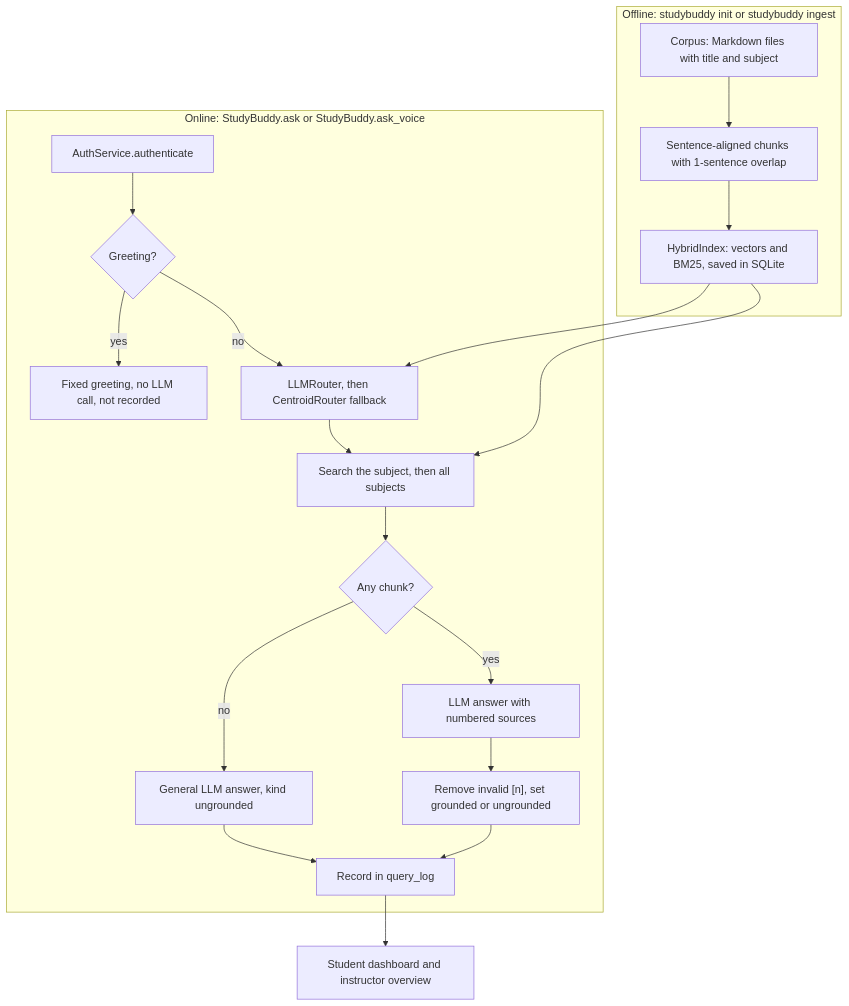
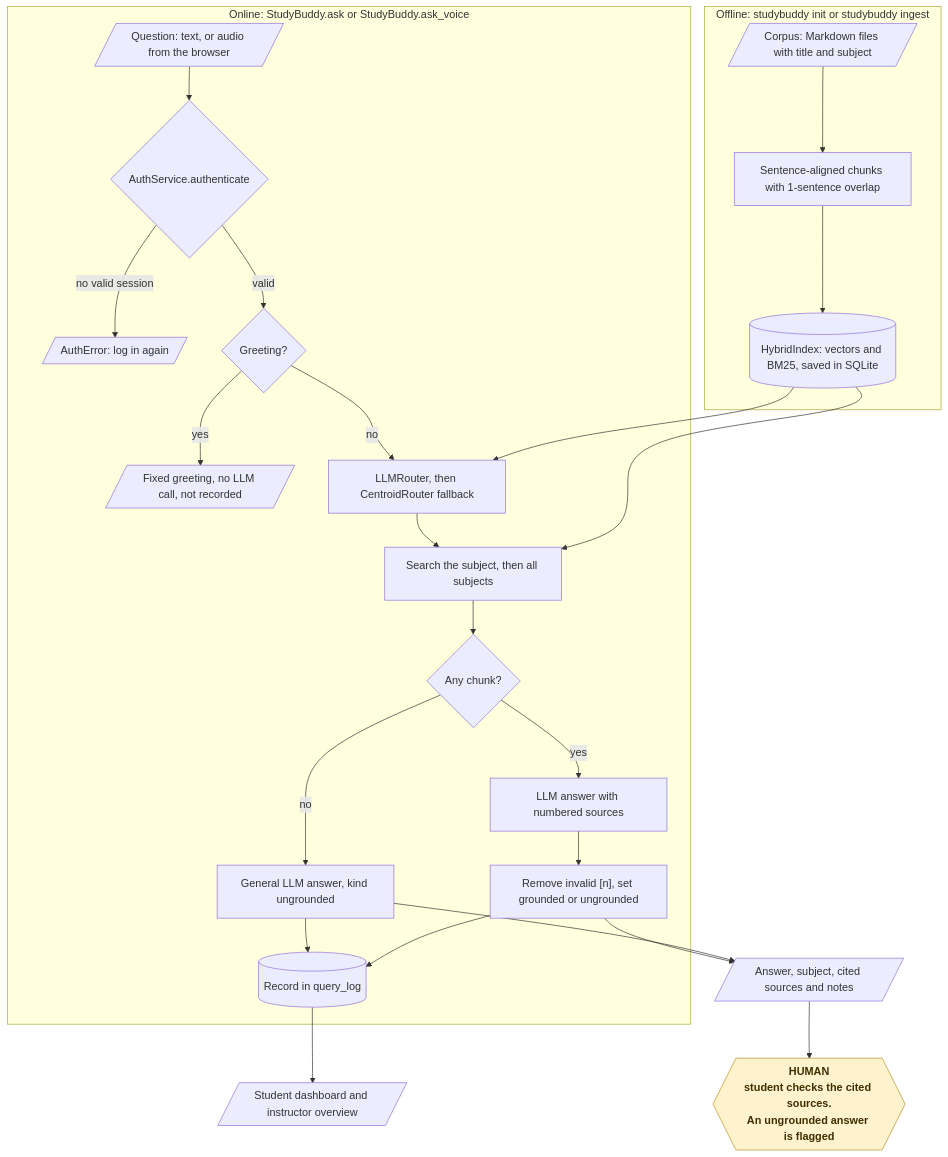
The fifth of 20 diagrams in README.md (KrishnaAnnavaram/studybuddy-rag), drawn with Mermaid before and after one commit. The commit also changed other lines of this file, not shown here.

Commit message:
Add the workflow diagrams to the README

````diff
--- a/README.md
+++ b/README.md
@@ -218,22 +283,30 @@
 ```mermaid
-flowchart TB
+flowchart TD
     subgraph OFF["Offline: studybuddy init or studybuddy ingest"]
-        MD["Corpus: Markdown files with title and subject"] --> CH["Sentence-aligned chunks with 1-sentence overlap"]
-        CH --> IDX["HybridIndex: vectors and BM25, saved in SQLite"]
+        MD[/"Corpus: Markdown files with title and subject"/] --> CH["Sentence-aligned chunks with 1-sentence overlap"]
+        CH --> IDX[("HybridIndex: vectors and BM25, saved in SQLite")]
     end
     subgraph ON["Online: StudyBuddy.ask or StudyBuddy.ask_voice"]
-        AUTH["AuthService.authenticate"] --> GREET{"Greeting?"}
-        GREET -- "yes" --> HELLO["Fixed greeting, no LLM call, not recorded"]
+        QIN[/"Question: text, or audio from the browser"/] --> AUTH{"AuthService.authenticate"}
+        AUTH -- "no valid session" --> DENY[/"AuthError: log in again"/]
+        AUTH -- "valid" --> GREET{"Greeting?"}
+        GREET -- "yes" --> HELLO[/"Fixed greeting, no LLM call, not recorded"/]
         GREET -- "no" --> ROUTE["LLMRouter, then CentroidRouter fallback"]
         ROUTE --> RET["Search the subject, then all subjects"]
         RET --> HITS{"Any chunk?"}
         HITS -- "no" --> GEN["General LLM answer, kind ungrounded"]
         HITS -- "yes" --> ANS["LLM answer with numbered sources"]
         ANS --> CHK["Remove invalid [n], set grounded or ungrounded"]
-        GEN --> LOG["Record in query_log"]
+        GEN --> LOG[("Record in query_log")]
         CHK --> LOG
     end
     IDX --> RET
     IDX --> ROUTE
-    LOG --> DASH["Student dashboard and instructor overview"]
+    CHK --> SHOW[/"Answer, subject, cited sources and notes"/]
+    GEN --> SHOW
+    SHOW --> HUMAN{{"HUMAN<br/>student checks the cited sources.<br/>An ungrounded answer is flagged"}}
+    LOG --> DASH[/"Student dashboard and instructor overview"/]
+
+    classDef human fill:#fff3cd,stroke:#b8901f,color:#3d2f00,font-weight:bold
+    class HUMAN human
 ```
````
